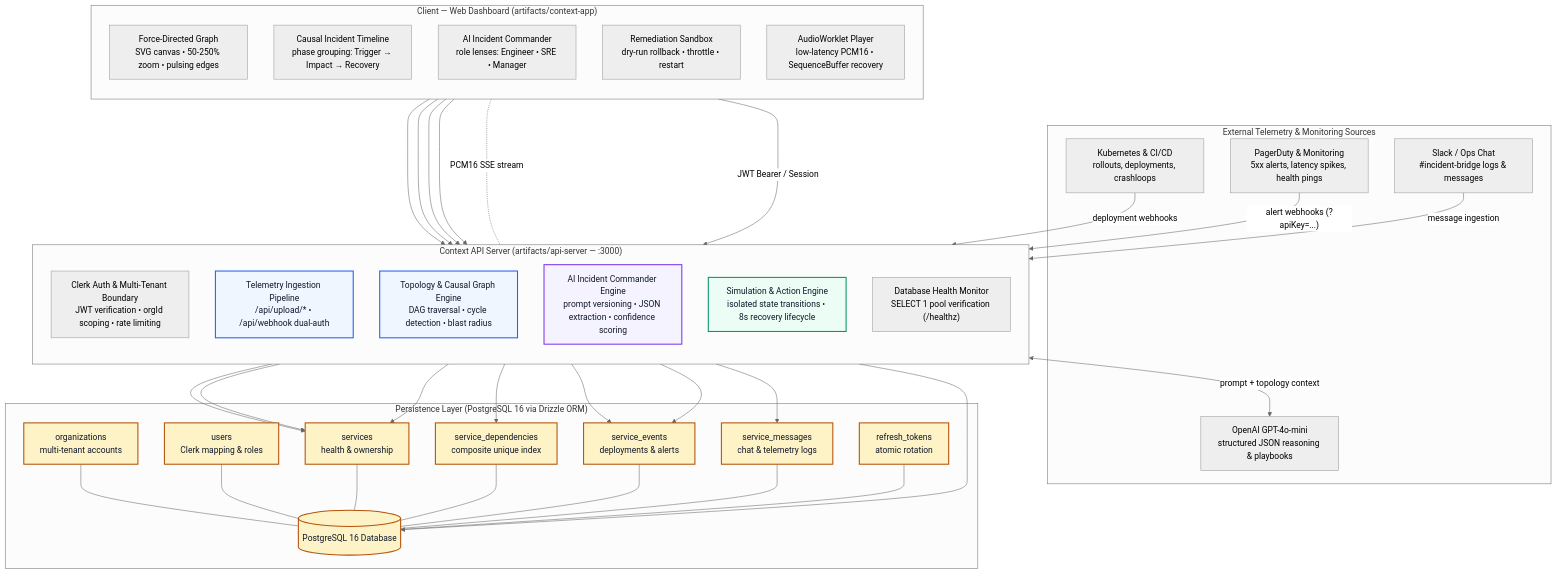
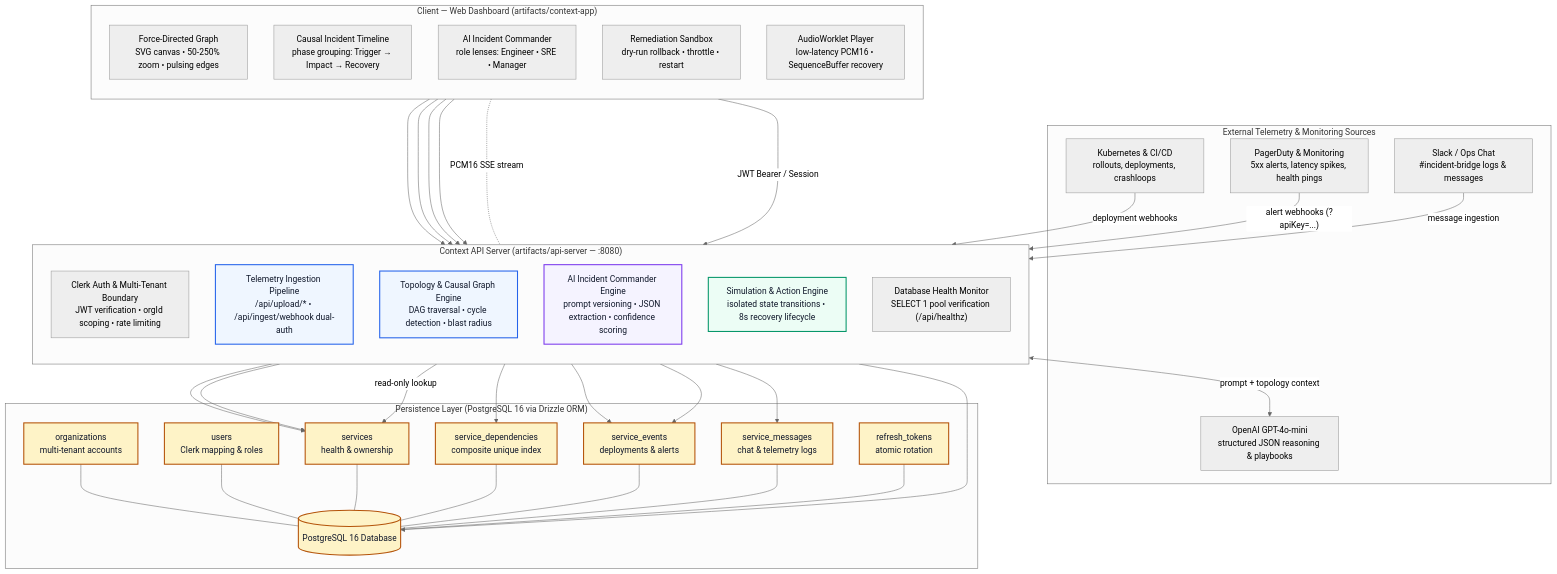
One commit to sudhanshukumar03/Context changed the first of 3 diagrams in README.md. Above: the diagram before and after it, drawn with Mermaid (neutral theme). The commit also changed other lines of this file and 4 other files, not shown here.

````diff
--- a/README.md
+++ b/README.md
@@ -146,77 +146,77 @@
 ```mermaid
 flowchart TB
     subgraph ext["External Telemetry & Monitoring Sources"]
         K8S["Kubernetes & CI/CD<br/>rollouts, deployments, crashloops"]
         PD["PagerDuty & Monitoring<br/>5xx alerts, latency spikes, health pings"]
         SLACK["Slack / Ops Chat<br/>#incident-bridge logs & messages"]
         LLM["OpenAI GPT-4o-mini<br/>structured JSON reasoning & playbooks"]
     end
 
     subgraph client["Client — Web Dashboard (artifacts/context-app)"]
         direction TB
         GRAPH_UI["Force-Directed Graph<br/>SVG canvas • 50-250% zoom • pulsing edges"]
         TIME_UI["Causal Incident Timeline<br/>phase grouping: Trigger → Impact → Recovery"]
         AI_UI["AI Incident Commander<br/>role lenses: Engineer • SRE • Manager"]
         SIM_UI["Remediation Sandbox<br/>dry-run rollback • throttle • restart"]
         AUDIO_UI["AudioWorklet Player<br/>low-latency PCM16 • SequenceBuffer recovery"]
     end
 
-    subgraph api["Context API Server (artifacts/api-server — :3000)"]
+    subgraph api["Context API Server (artifacts/api-server — :8080)"]
         direction TB
         AUTH["Clerk Auth & Multi-Tenant Boundary<br/>JWT verification • orgId scoping • rate limiting"]
-        INGEST["Telemetry Ingestion Pipeline<br/>/api/upload/* • /api/webhook dual-auth"]
+        INGEST["Telemetry Ingestion Pipeline<br/>/api/upload/* • /api/ingest/webhook dual-auth"]
         GRAPH_ENG["Topology & Causal Graph Engine<br/>DAG traversal • cycle detection • blast radius"]
         AI_SVC["AI Incident Commander Engine<br/>prompt versioning • JSON extraction • confidence scoring"]
         SIM_ENG["Simulation & Action Engine<br/>isolated state transitions • 8s recovery lifecycle"]
-        HEALTH["Database Health Monitor<br/>SELECT 1 pool verification (/healthz)"]
+        HEALTH["Database Health Monitor<br/>SELECT 1 pool verification (/api/healthz)"]
     end
 
     subgraph data["Persistence Layer (PostgreSQL 16 via Drizzle ORM)"]
         PG[("PostgreSQL 16 Database")]
         T_ORGS["organizations<br/>multi-tenant accounts"]
         T_USERS["users<br/>Clerk mapping & roles"]
         T_SVC["services<br/>health & ownership"]
         T_DEP["service_dependencies<br/>composite unique index"]
         T_EVT["service_events<br/>deployments & alerts"]
         T_MSG["service_messages<br/>chat & telemetry logs"]
         T_TOK["refresh_tokens<br/>atomic rotation"]
     end
 
     client -->|"JWT Bearer / Session"| AUTH
     GRAPH_UI --> GRAPH_ENG
     TIME_UI --> GRAPH_ENG
     AI_UI --> AI_SVC
     SIM_UI --> SIM_ENG
     AUDIO_UI <..-|"PCM16 SSE stream"| AI_SVC
 
     K8S -->|"deployment webhooks"| INGEST
     PD -->|"alert webhooks (?apiKey=...)"| INGEST
     SLACK -->|"message ingestion"| INGEST
 
     INGEST --> T_EVT
     INGEST --> T_MSG
     INGEST --> T_SVC
     GRAPH_ENG --> T_DEP
     GRAPH_ENG --> T_SVC
     AI_SVC <-->|"prompt + topology context"| LLM
     AI_SVC --> T_EVT
-    SIM_ENG --> T_SVC
+    SIM_ENG -->|"read-only lookup"| T_SVC
     HEALTH --> PG
 
     T_ORGS --- PG
     T_USERS --- PG
     T_SVC --- PG
     T_DEP --- PG
     T_EVT --- PG
     T_MSG --- PG
     T_TOK --- PG
 
     classDef core fill:#EFF6FF,stroke:#2563EB,stroke-width:2px,color:#0F172A
     classDef ai fill:#F5F3FF,stroke:#7C3AED,stroke-width:2px,color:#0F172A
     classDef safe fill:#ECFDF5,stroke:#059669,stroke-width:2px,color:#0F172A
     classDef db fill:#FEF3C7,stroke:#B45309,stroke-width:2px,color:#0F172A
     class GRAPH_ENG,INGEST core
     class AI_SVC ai
     class SIM_ENG safe
     class PG,T_ORGS,T_USERS,T_SVC,T_DEP,T_EVT,T_MSG,T_TOK db
 ```
````
